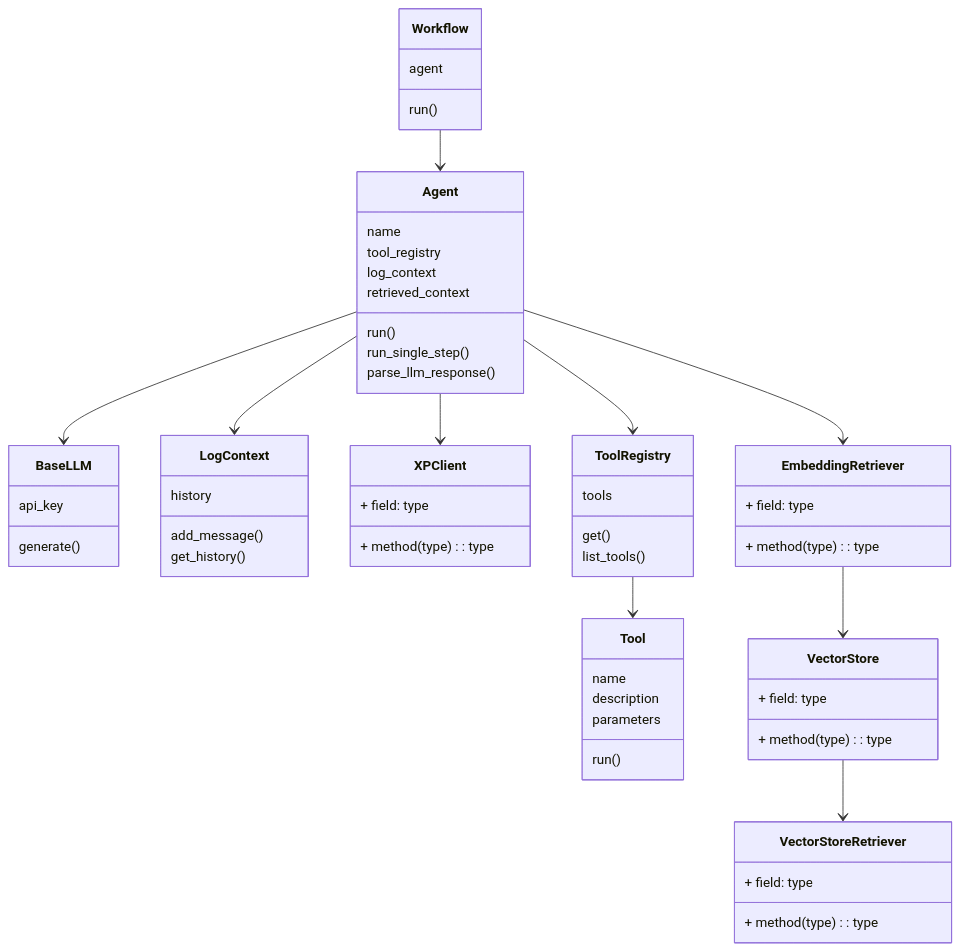
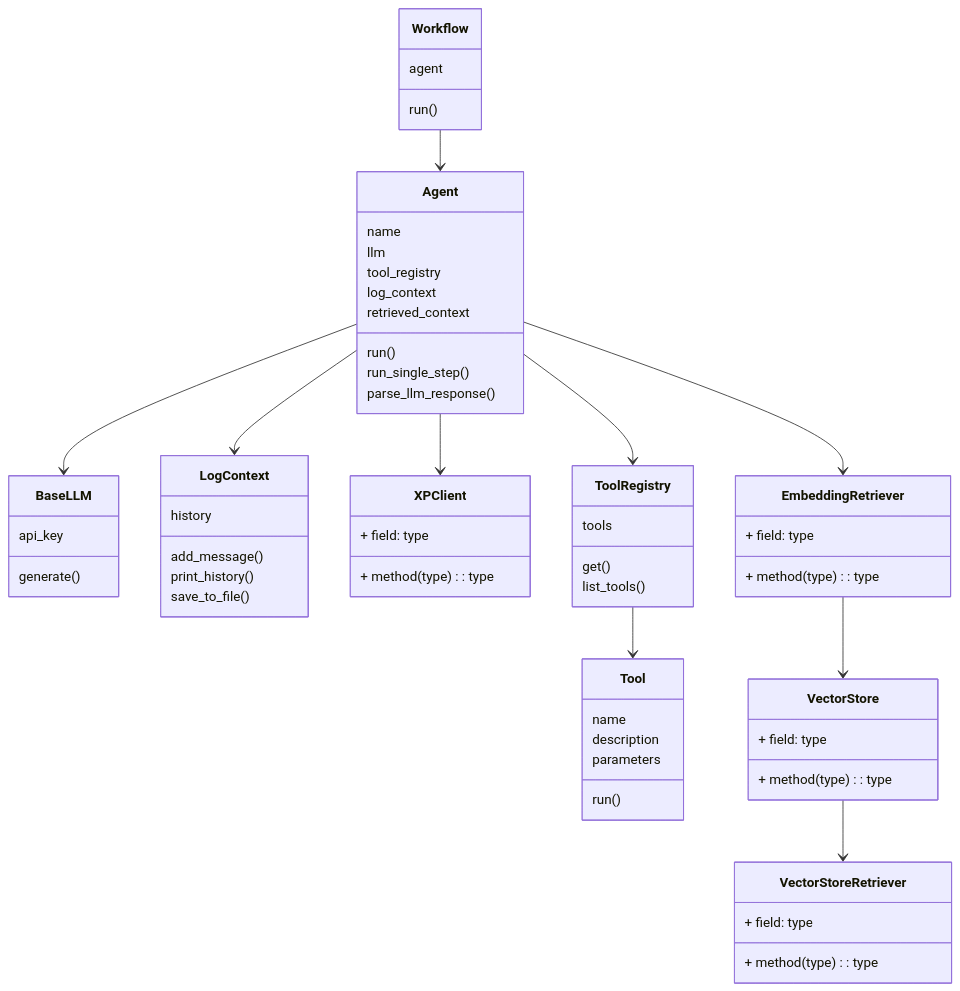
One commit to BV003/ArgoAgent changed the diagram in README.md. Above: the diagram before and after it, drawn with Mermaid. The commit also changed 4 other files, not shown here.

````diff
--- a/README.md
+++ b/README.md
@@ -76,71 +76,73 @@
 ```mermaid
 classDiagram
     class Workflow {
         agent
         run()
     }
 
     class Agent {
         name
+        llm
         tool_registry
         log_context
         retrieved_context
         run()
         run_single_step()
         parse_llm_response()
     }
 
     class BaseLLM {
         api_key
         generate()
     }
 
     class LogContext {
         history
         add_message()
-        get_history()
+        print_history()
+        save_to_file()
     }
 
     class XPClient {
         + field: type
         + method(type): type
     }
 
     class ToolRegistry {
         tools
         get()
         list_tools()
     }
 
     class Tool {
         name
         description
         parameters
         run()
     }
 
     class EmbeddingRetriever {
         + field: type
         + method(type): type
     }
 
     class VectorStore {
         + field: type
         + method(type): type
     }
 
     class VectorStoreRetriever {
         + field: type
         + method(type): type
     }
 
     Workflow --> Agent
     Agent --> BaseLLM
     Agent --> LogContext
     Agent --> XPClient
     Agent --> ToolRegistry
     Agent --> EmbeddingRetriever
     ToolRegistry --> Tool
     EmbeddingRetriever --> VectorStore
     VectorStore --> VectorStoreRetriever
   ```
````
